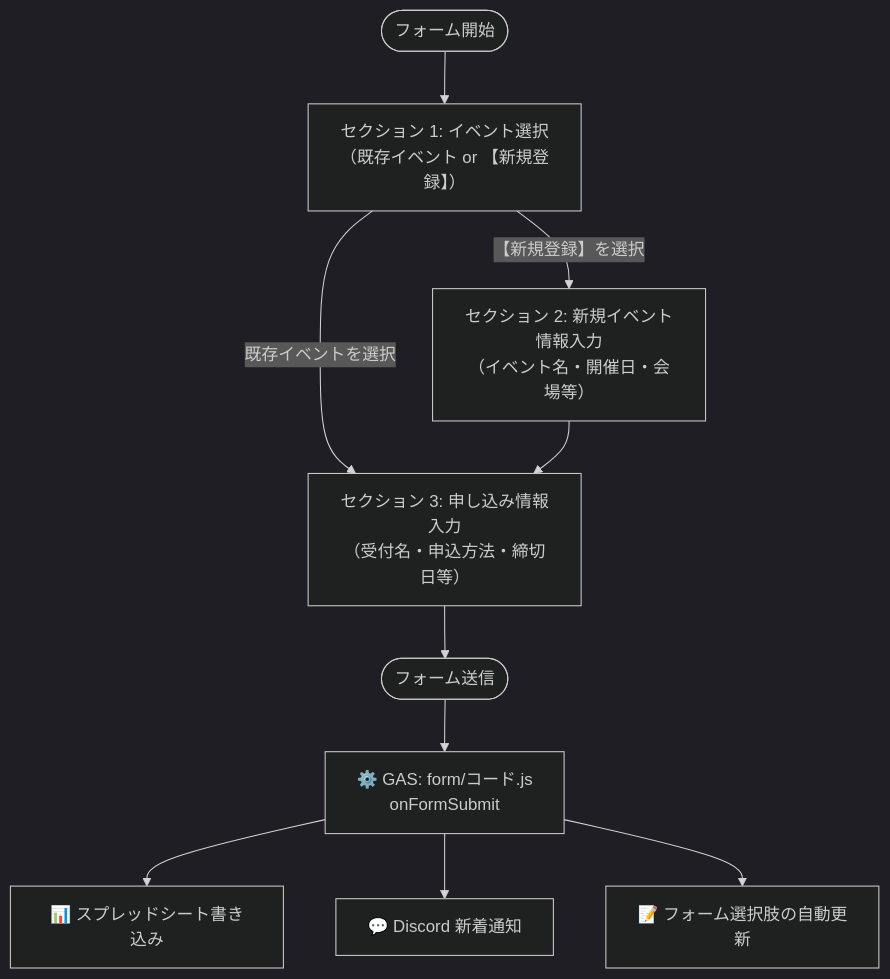
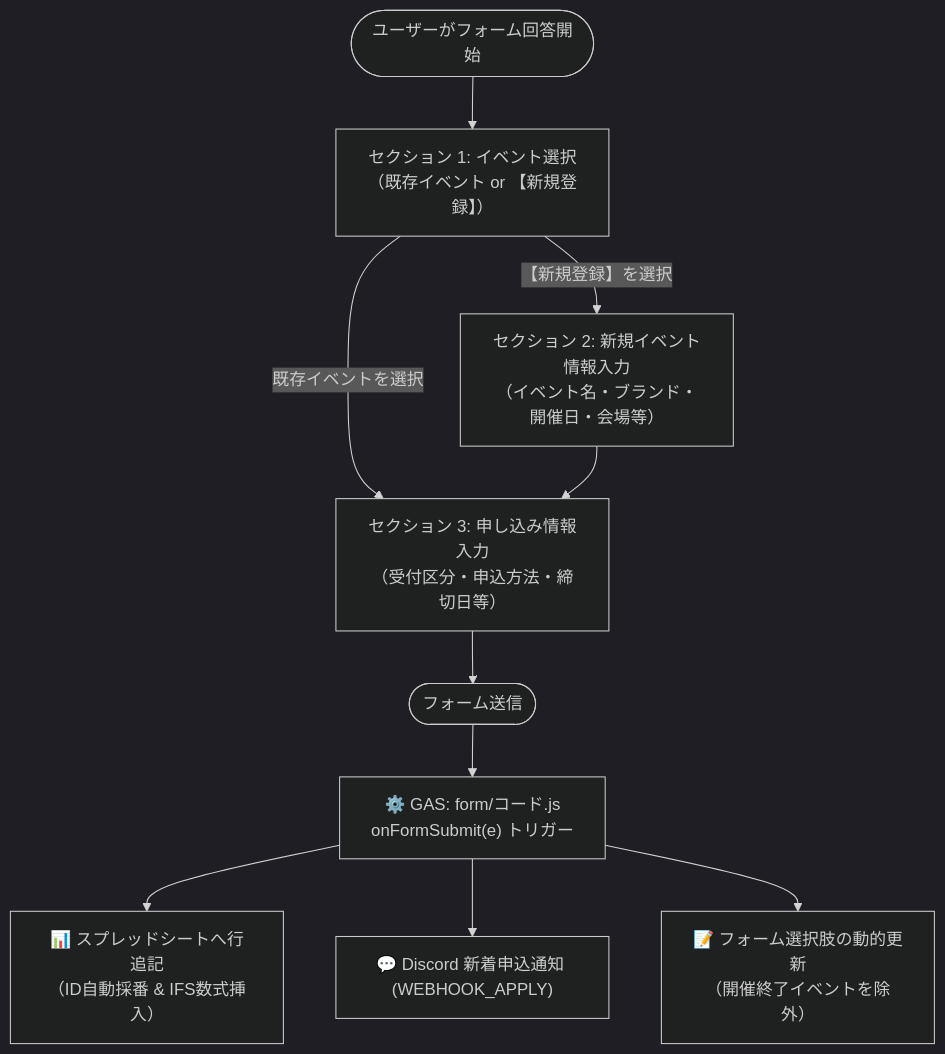
The diagram in docs/FORM_SPEC.md (miyagey/discord-notifier), drawn with Mermaid (dark theme) before and after one commit. The commit also changed other lines of this file and 5 other files, not shown here.

````diff
--- a/docs/FORM_SPEC.md
+++ b/docs/FORM_SPEC.md
@@ -13,15 +14,15 @@
 ```mermaid
 flowchart TD
-    Start([フォーム開始]) --> Sec1["セクション 1: イベント選択<br>（既存イベント or 【新規登録】）"]
+    Start([ユーザーがフォーム回答開始]) --> Sec1["セクション 1: イベント選択<br>（既存イベント or 【新規登録】）"]
 
-    Sec1 -->|【新規登録】を選択| Sec2["セクション 2: 新規イベント情報入力<br>（イベント名・開催日・会場等）"]
-    Sec1 -->|既存イベントを選択| Sec3["セクション 3: 申し込み情報入力<br>（受付名・申込方法・締切日等）"]
+    Sec1 -->|【新規登録】を選択| Sec2["セクション 2: 新規イベント情報入力<br>（イベント名・ブランド・開催日・会場等）"]
+    Sec1 -->|既存イベントを選択| Sec3["セクション 3: 申し込み情報入力<br>（受付区分・申込方法・締切日等）"]
 
     Sec2 --> Sec3
     Sec3 --> Submit([フォーム送信])
 
-    Submit --> GAS["⚙️ GAS: form/コード.js<br>onFormSubmit"]
-    GAS --> Sheet["📊 スプレッドシート書き込み"]
-    GAS --> Discord["💬 Discord 新着通知"]
-    GAS --> FormUpdate["📝 フォーム選択肢の自動更新"]
+    Submit --> GAS["⚙️ GAS: form/コード.js<br>onFormSubmit(e) トリガー"]
+    GAS --> Sheet["📊 スプレッドシートへ行追記<br>（ID自動採番 & IFS数式挿入）"]
+    GAS --> Discord["💬 Discord 新着申込通知 (WEBHOOK_APPLY)"]
+    GAS --> FormUpdate["📝 フォーム選択肢の動的更新<br>（開催終了イベントを除外）"]
 ```
````
